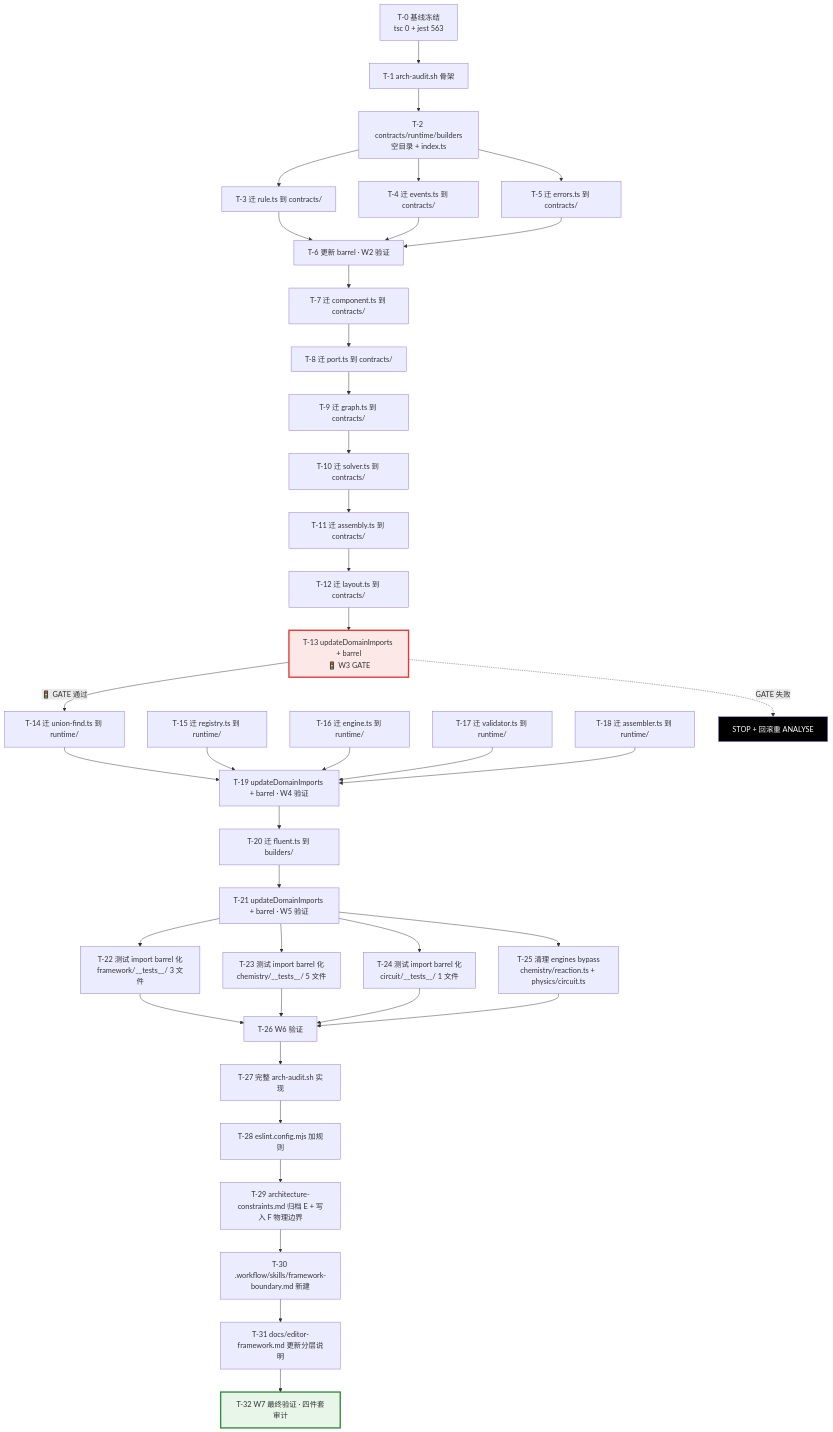
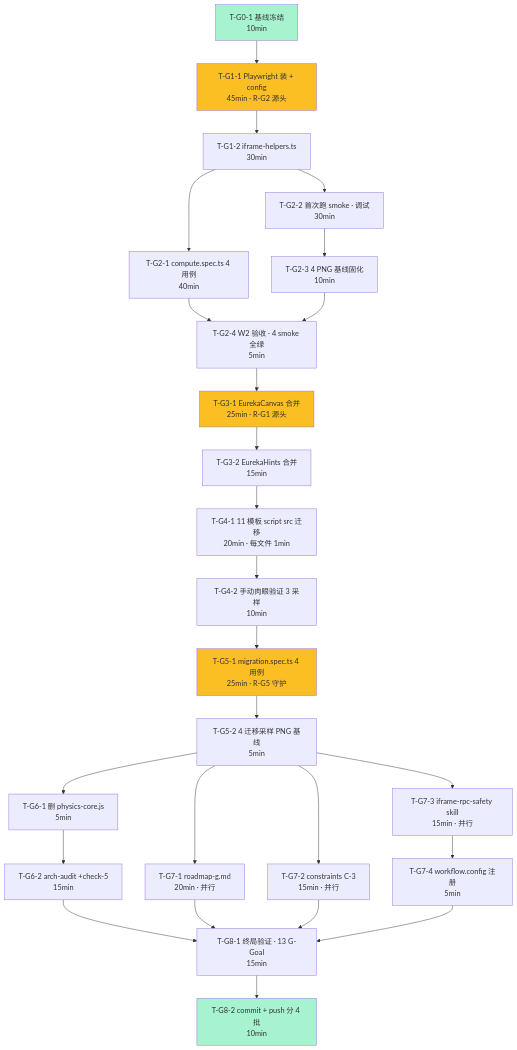
One commit to kenGH12345/EGPSpace changed the diagram in output/execution-plan.md. Above: the diagram before and after it, drawn with Mermaid. The commit also changed other lines of this file and 29 other files, not shown here.

````diff
--- a/output/execution-plan.md
+++ b/output/execution-plan.md
@@ -9,60 +32,43 @@
 ```mermaid
 graph TD
-    T0[T-0 基线冻结<br/>tsc 0 + jest 563]
-    T1[T-1 arch-audit.sh 骨架]
-    T2[T-2 contracts/runtime/builders<br/>空目录 + index.ts]
-    T3[T-3 迁 rule.ts 到 contracts/]
-    T4[T-4 迁 events.ts 到 contracts/]
-    T5[T-5 迁 errors.ts 到 contracts/]
-    T6[T-6 更新 barrel · W2 验证]
+  T_G0_1[T-G0-1 基线冻结<br/>10min] --> T_G1_1
 
-    T7[T-7 迁 component.ts 到 contracts/]
-    T8[T-8 迁 port.ts 到 contracts/]
-    T9[T-9 迁 graph.ts 到 contracts/]
-    T10[T-10 迁 solver.ts 到 contracts/]
-    T11[T-11 迁 assembly.ts 到 contracts/]
-    T12[T-12 迁 layout.ts 到 contracts/]
-    T13[T-13 updateDomainImports + barrel<br/>🚦 W3 GATE]
+  T_G1_1[T-G1-1 Playwright 装 + config<br/>45min · R-G2 源头] --> T_G1_2
+  T_G1_2[T-G1-2 iframe-helpers.ts<br/>30min] --> T_G2_1
+  T_G1_2 --> T_G2_2
 
-    T14[T-14 迁 union-find.ts 到 runtime/]
-    T15[T-15 迁 registry.ts 到 runtime/]
-    T16[T-16 迁 engine.ts 到 runtime/]
-    T17[T-17 迁 validator.ts 到 runtime/]
-    T18[T-18 迁 assembler.ts 到 runtime/]
-    T19[T-19 updateDomainImports + barrel · W4 验证]
+  T_G2_1[T-G2-1 compute.spec.ts 4 用例<br/>40min] --> T_G2_4
+  T_G2_2[T-G2-2 首次跑 smoke · 调试<br/>30min] --> T_G2_3
+  T_G2_3[T-G2-3 4 PNG 基线固化<br/>10min] --> T_G2_4
+  T_G2_4[T-G2-4 W2 验收 · 4 smoke 全绿<br/>5min] --> T_G3_1
 
-    T20[T-20 迁 fluent.ts 到 builders/]
-    T21[T-21 updateDomainImports + barrel · W5 验证]
+  T_G3_1[T-G3-1 EurekaCanvas 合并<br/>25min · R-G1 源头] --> T_G3_2
+  T_G3_2[T-G3-2 EurekaHints 合并<br/>15min] --> T_G4_1
 
-    T22[T-22 测试 import barrel 化<br/>framework/__tests__/ 3 文件]
-    T23[T-23 测试 import barrel 化<br/>chemistry/__tests__/ 5 文件]
-    T24[T-24 测试 import barrel 化<br/>circuit/__tests__/ 1 文件]
-    T25[T-25 清理 engines bypass<br/>chemistry/reaction.ts + physics/circuit.ts]
-    T26[T-26 W6 验证]
+  T_G4_1[T-G4-1 11 模板 script src 迁移<br/>20min · 每文件 1min] --> T_G4_2
+  T_G4_2[T-G4-2 手动肉眼验证 3 采样<br/>10min] --> T_G5_1
 
-    T27[T-27 完整 arch-audit.sh 实现]
-    T28[T-28 eslint.config.mjs 加规则]
-    T29[T-29 architecture-constraints.md 归档 E + 写入 F 物理边界]
-    T30[T-30 .workflow/skills/framework-boundary.md 新建]
-    T31[T-31 docs/editor-framework.md 更新分层说明]
-    T32[T-32 W7 最终验证 · 四件套审计]
+  T_G5_1[T-G5-1 migration.spec.ts 4 用例<br/>25min · R-G5 守护] --> T_G5_2
+  T_G5_2[T-G5-2 4 迁移采样 PNG 基线<br/>5min] --> T_G6_1
 
-    T0 --> T1 --> T2
-    T2 --> T3 & T4 & T5
-    T3 & T4 & T5 --> T6
+  T_G6_1[T-G6-1 删 physics-core.js<br/>5min] --> T_G6_2
+  T_G6_2[T-G6-2 arch-audit +check-5<br/>15min] --> T_G8_1
 
-    T6 --> T7 --> T8 --> T9 --> T10 --> T11 --> T12 --> T13
+  T_G5_2 --> T_G7_1
+  T_G5_2 --> T_G7_2
+  T_G5_2 --> T_G7_3
 
-    T13 -->|🚦 GATE 通过| T14
-    T13 -.->|GATE 失败| STOP[STOP + 回滚重 ANALYSE]
+  T_G7_1[T-G7-1 roadmap-g.md<br/>20min · 并行] --> T_G8_1
+  T_G7_2[T-G7-2 constraints C-3<br/>15min · 并行] --> T_G8_1
+  T_G7_3[T-G7-3 iframe-rpc-safety skill<br/>15min · 并行] --> T_G7_4
+  T_G7_4[T-G7-4 workflow.config 注册<br/>5min] --> T_G8_1
 
-    T14 & T15 & T16 & T17 & T18 --> T19
-    T19 --> T20 --> T21
-    T21 --> T22 & T23 & T24 & T25
-    T22 & T23 & T24 & T25 --> T26
-    T26 --> T27 --> T28 --> T29 --> T30 --> T31 --> T32
+  T_G8_1[T-G8-1 终局验证 · 13 G-Goal<br/>15min] --> T_G8_2
+  T_G8_2[T-G8-2 commit + push 分 4 批<br/>10min]
 
-    style T13 fill:#fde8e8,stroke:#e53935,stroke-width:3px
-    style T32 fill:#e8f5e9,stroke:#388e3c,stroke-width:3px
-    style STOP fill:#000,color:#fff
+  style T_G3_1 fill:#fbbf24
+  style T_G1_1 fill:#fbbf24
+  style T_G5_1 fill:#fbbf24
+  style T_G0_1 fill:#a7f3d0
+  style T_G8_2 fill:#a7f3d0
 ```
````
